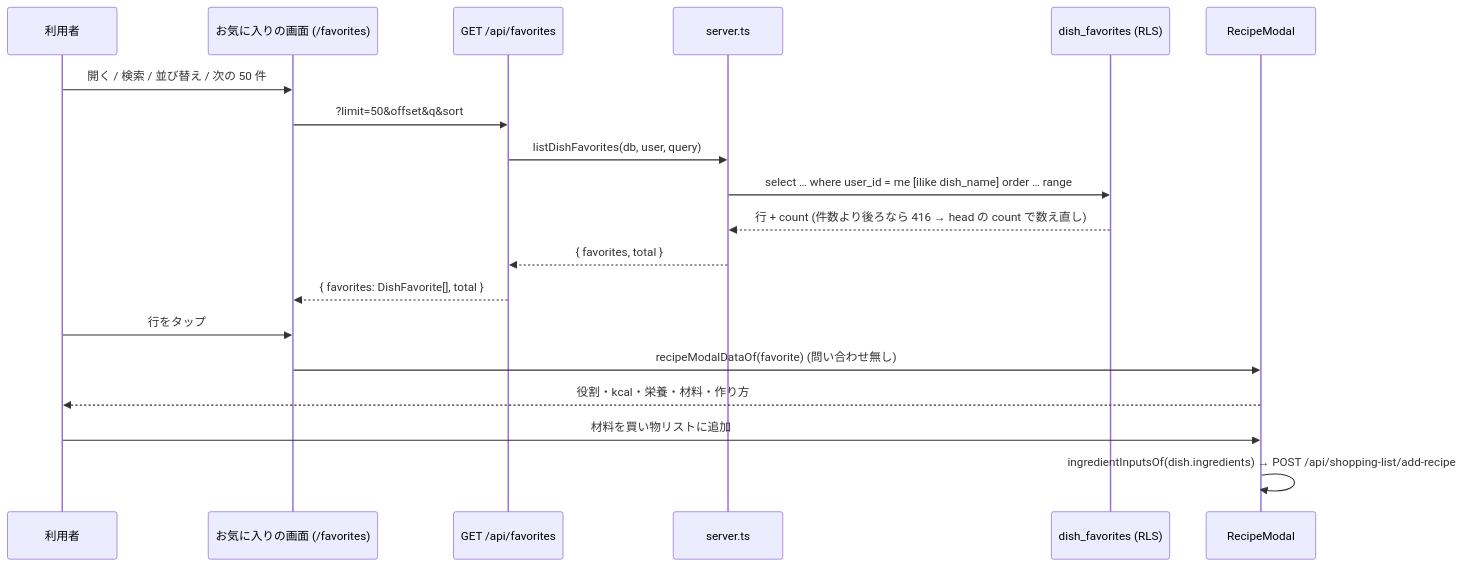
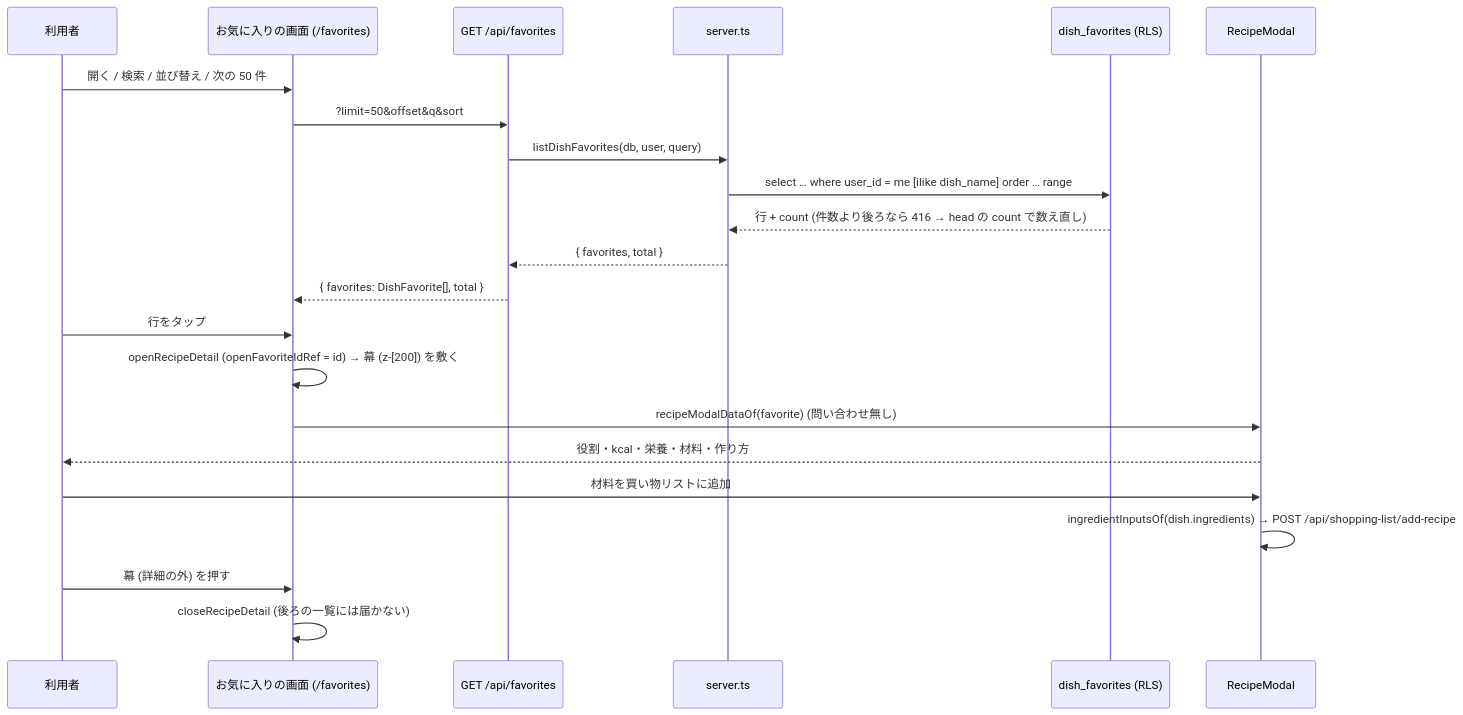
Before and after one commit to DaisukeHori/homegohan-app: the second of 2 diagrams in docs/design/cross/22-dish-favorites.md, drawn with Mermaid. The commit also changed other lines of this file, not shown here.

````diff
--- a/docs/design/cross/22-dish-favorites.md
+++ b/docs/design/cross/22-dish-favorites.md
@@ -2337,22 +2418,25 @@
 ```mermaid
 sequenceDiagram
     participant U as 利用者
     participant F as お気に入りの画面 (/favorites)
     participant G as GET /api/favorites
     participant M as server.ts
     participant DB as dish_favorites (RLS)
     participant R as RecipeModal
 
     U->>F: 開く / 検索 / 並び替え / 次の 50 件
     F->>G: ?limit=50&offset&q&sort
     G->>M: listDishFavorites(db, user, query)
     M->>DB: select … where user_id = me [ilike dish_name] order … range
     DB-->>M: 行 + count (件数より後ろなら 416 → head の count で数え直し)
     M-->>G: { favorites, total }
     G-->>F: { favorites: DishFavorite[], total }
     U->>F: 行をタップ
+    F->>F: openRecipeDetail (openFavoriteIdRef = id) → 幕 (z-[200]) を敷く
     F->>R: recipeModalDataOf(favorite) (問い合わせ無し)
     R-->>U: 役割・kcal・栄養・材料・作り方
     U->>R: 材料を買い物リストに追加
     R->>R: ingredientInputsOf(dish.ingredients) → POST /api/shopping-list/add-recipe
+    U->>F: 幕 (詳細の外) を押す
+    F->>F: closeRecipeDetail (後ろの一覧には届かない)
 ```
````
